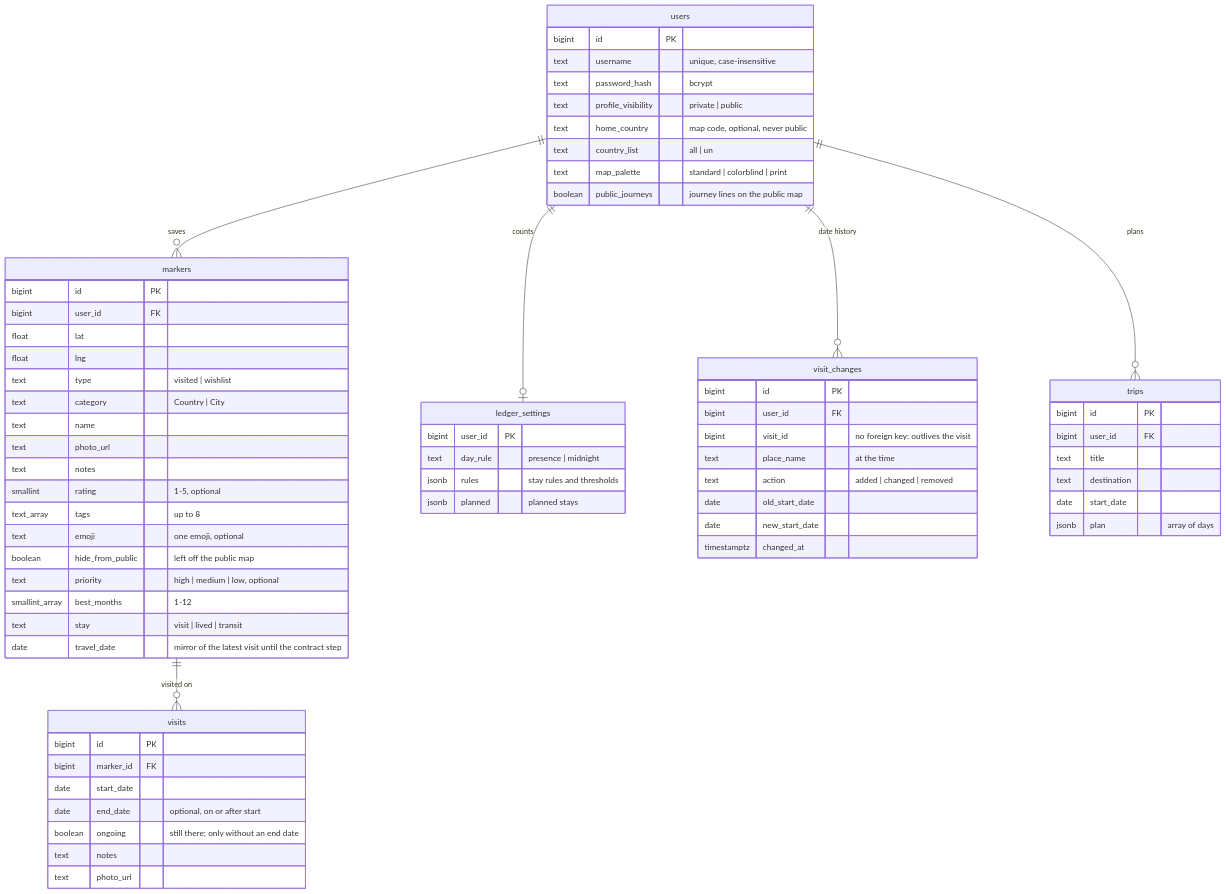
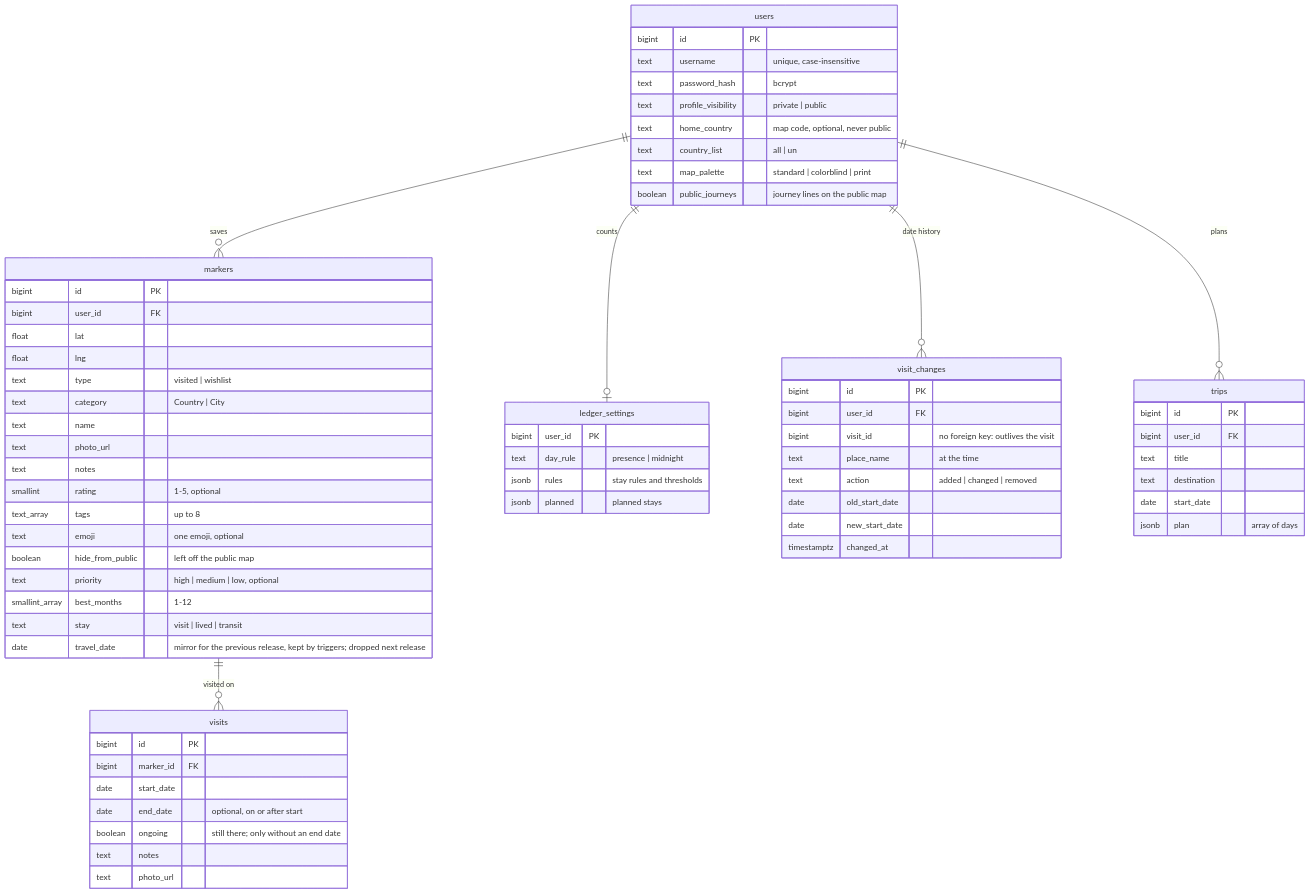
One commit to chefzaid/travelmapster changed the diagram in docs/data-model.md. Above: the diagram before and after it, drawn with Mermaid. The commit also changed other lines of this file and 4 other files, not shown here.

Commit message:
Stop reading and writing the legacy travel date column, ahead of dropping it

````diff
--- a/docs/data-model.md
+++ b/docs/data-model.md
@@ -8,70 +8,70 @@
 ```mermaid
 erDiagram
     users ||--o{ markers : saves
     markers ||--o{ visits : "visited on"
     users ||--o| ledger_settings : counts
     users ||--o{ visit_changes : "date history"
     users ||--o{ trips : plans
     users {
         bigint id PK
         text username "unique, case-insensitive"
         text password_hash "bcrypt"
         text profile_visibility "private | public"
         text home_country "map code, optional, never public"
         text country_list "all | un"
         text map_palette "standard | colorblind | print"
         boolean public_journeys "journey lines on the public map"
     }
     markers {
         bigint id PK
         bigint user_id FK
         float lat
         float lng
         text type "visited | wishlist"
         text category "Country | City"
         text name
         text photo_url
         text notes
         smallint rating "1-5, optional"
         text_array tags "up to 8"
         text emoji "one emoji, optional"
         boolean hide_from_public "left off the public map"
         text priority "high | medium | low, optional"
         smallint_array best_months "1-12"
         text stay "visit | lived | transit"
-        date travel_date "mirror of the latest visit until the contract step"
+        date travel_date "mirror for the previous release, kept by triggers; dropped next release"
     }
     visits {
         bigint id PK
         bigint marker_id FK
         date start_date
         date end_date "optional, on or after start"
         boolean ongoing "still there; only without an end date"
         text notes
         text photo_url
     }
     ledger_settings {
         bigint user_id PK
         text day_rule "presence | midnight"
         jsonb rules "stay rules and thresholds"
         jsonb planned "planned stays"
     }
     visit_changes {
         bigint id PK
         bigint user_id FK
         bigint visit_id "no foreign key: outlives the visit"
         text place_name "at the time"
         text action "added | changed | removed"
         date old_start_date
         date new_start_date
         timestamptz changed_at
     }
     trips {
         bigint id PK
         bigint user_id FK
         text title
         text destination
         date start_date
         jsonb plan "array of days"
     }
 ```
````
